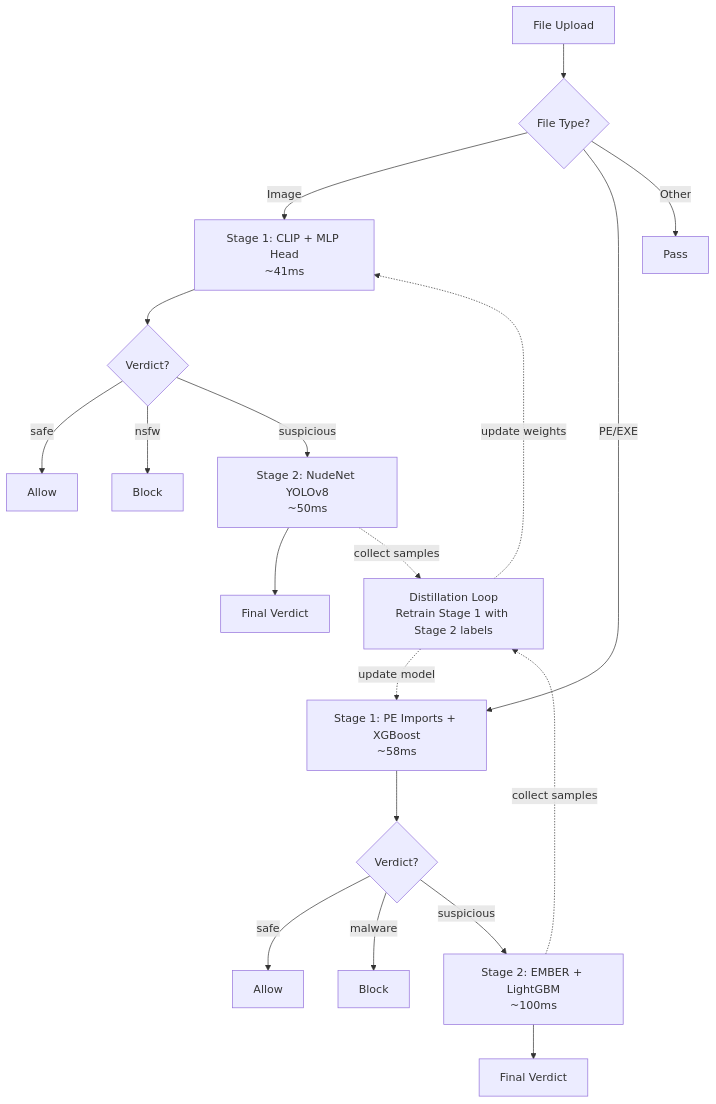
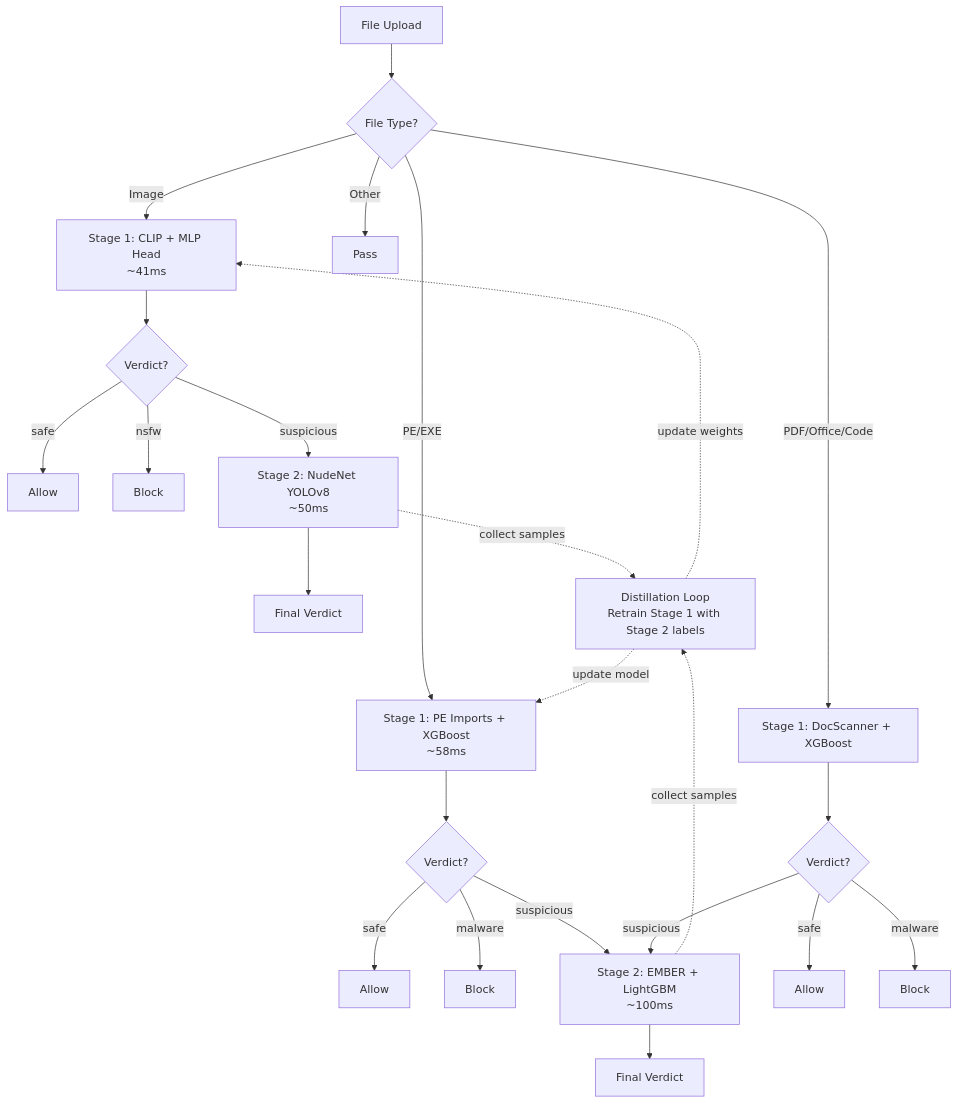
Before and after one commit to PProject-Team5/AI: the diagram in README.md, drawn with Mermaid. The commit also changed other lines of this file and 2 other files, not shown here.

First line of the commit message:
feat: add multi-format file scanning (PDF, Office, OLE, code)

````diff
--- a/README.md
+++ b/README.md
@@ -25,26 +34,32 @@
 ```mermaid
 flowchart TD
     Upload[File Upload] --> Detect{File Type?}
     Detect -->|Image| S1_NSFW["Stage 1: CLIP + MLP Head\n~41ms"]
     Detect -->|PE/EXE| S1_MAL["Stage 1: PE Imports + XGBoost\n~58ms"]
+    Detect -->|PDF/Office/Code| S1_DOC["Stage 1: DocScanner + XGBoost"]
     Detect -->|Other| Pass[Pass]
 
     S1_NSFW --> V1{Verdict?}
     S1_MAL --> V2{Verdict?}
 
     V1 -->|safe| OK1[Allow]
     V1 -->|nsfw| Block1[Block]
     V1 -->|suspicious| S2_NSFW["Stage 2: NudeNet YOLOv8\n~50ms"]
 
     V2 -->|safe| OK2[Allow]
     V2 -->|malware| Block2[Block]
     V2 -->|suspicious| S2_MAL["Stage 2: EMBER + LightGBM\n~100ms"]
 
+    S1_DOC --> V3{Verdict?}
+    V3 -->|safe| OK3[Allow]
+    V3 -->|malware| Block3[Block]
+    V3 -->|suspicious| S2_MAL
+
     S2_NSFW --> Final1[Final Verdict]
     S2_MAL --> Final2[Final Verdict]
 
     S2_NSFW -.->|collect samples| Distill["Distillation Loop\nRetrain Stage 1 with Stage 2 labels"]
     S2_MAL -.->|collect samples| Distill
     Distill -.->|update weights| S1_NSFW
     Distill -.->|update model| S1_MAL
 ```
````
